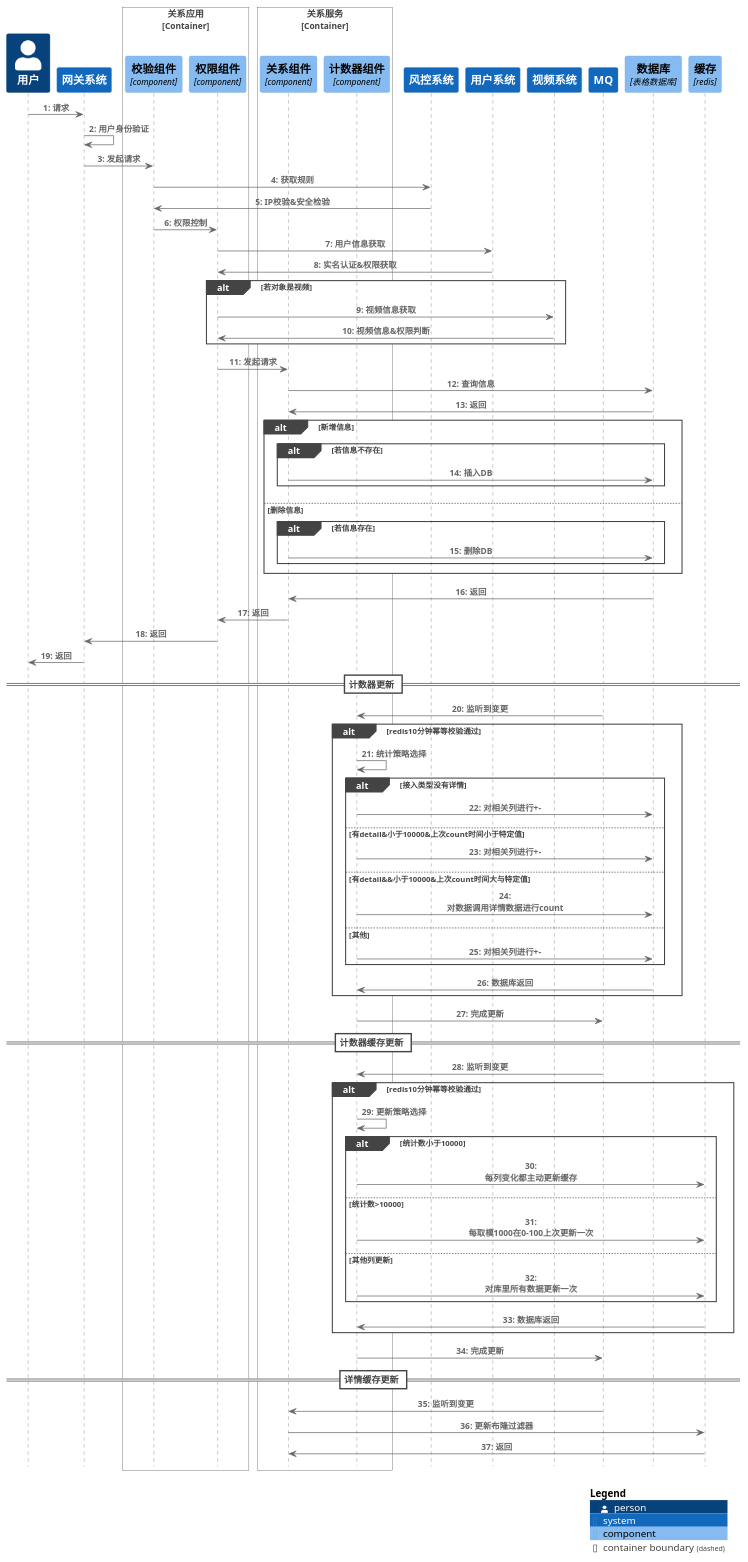
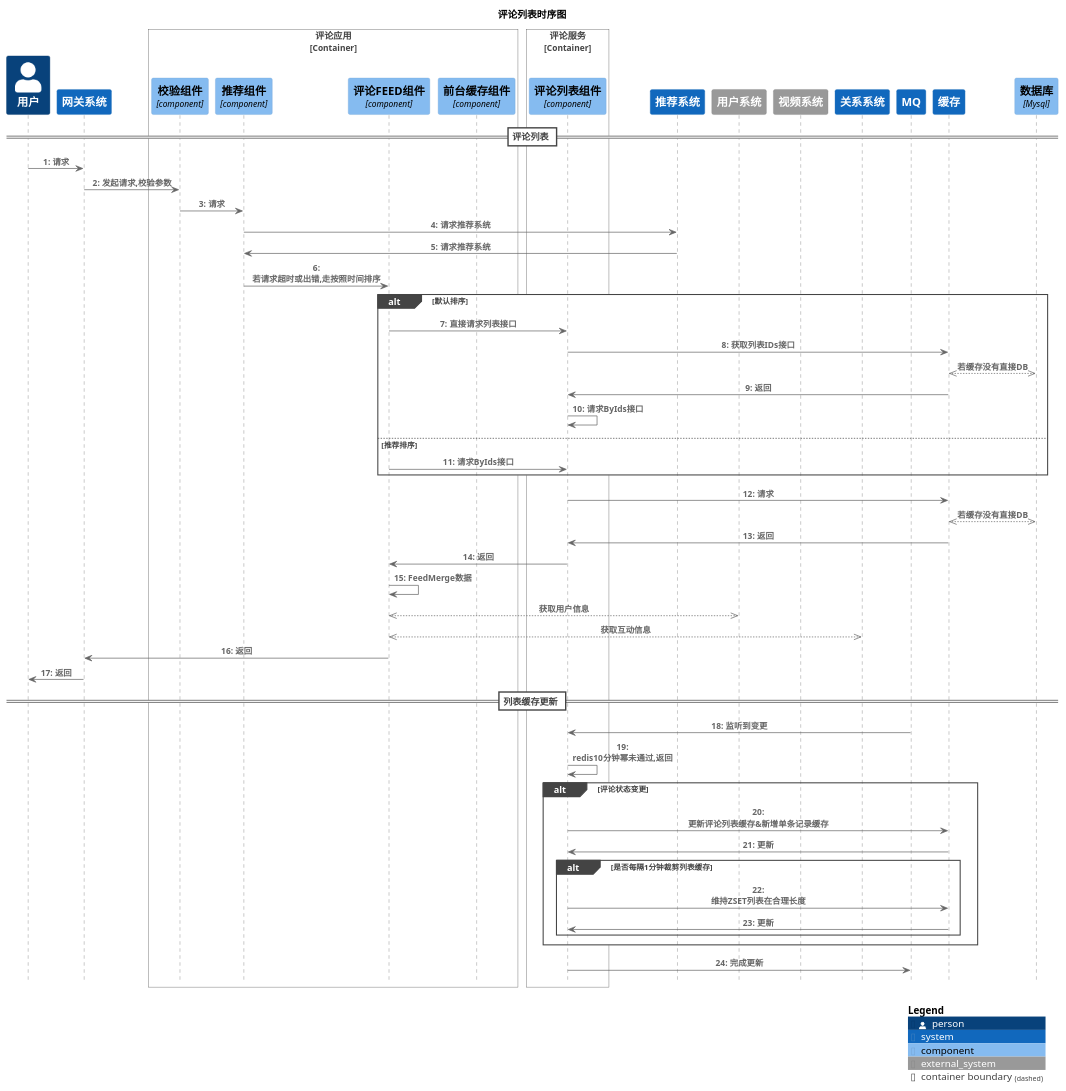
One commit to nxnnxn/community-doc changed the diagram in puml/interact/content/comment/select/listseq.puml. Above: the diagram before and after it, drawn with PlantUML. The commit also changed 14 other files, not shown here.

```diff
--- a/puml/interact/content/comment/select/listseq.puml
+++ b/puml/interact/content/comment/select/listseq.puml
@@ -1,97 +1,67 @@
 @startuml
 !include <C4/C4_Sequence>
 SHOW_INDEX()
 SHOW_LEGEND()
-
+title 评论列表时序图
 Person(user, "用户")
 System(gateway,"网关系统")
 
-Rel(user, gateway, "请求")
-Rel(gateway, gateway, "用户身份验证")
-
-Container_Boundary(relationFacade, "关系应用")
-    Component(checkComponent, "校验组件", "component", "IP校验&安全检验")
-    Component(authComponent, "权限组件", "component", "用户权限检验")
+Container_Boundary(commentFacade, "评论应用")
+    Component(checkComponent, "校验组件", "component", "参数校验")
+    Component(recComponent, "推荐组件", "component", "分组组件")
+    Component(listFacadeComponent, "评论FEED组件", "component", "评论FEED组件")
+    Component(facadeCacheComponent, "前台缓存组件", "component", "缓存组件")
 Boundary_End()
 
-Container_Boundary(relationService, "关系服务")
-    Component(relationComponent, "关系组件", "component", "关系关注")
-    Component(statComponent, "计数器组件", "component", "计数器更新")
+Container_Boundary(commentService, "评论服务")
+    Component(listComponent, "评论列表组件", "component", "评论列表组件")
 Boundary_End()
-System(security,"风控系统")
-System(userSystem,"用户系统")
-System(videoSystem,"视频系统")
+System(tpp,"推荐系统")
+System_Ext(userSystem,"用户系统")
+System_Ext(videoSystem,"视频系统")
+System(relationSystem,"关系系统")
 System(rocketmq,"MQ")
-ComponentDb(db, "数据库", "表格数据库")
-ComponentDb(redis, "缓存", "redis")
+System(redis,"缓存","redis")
+ComponentDb(db, "数据库", "Mysql")
 
-Rel(gateway, checkComponent, "发起请求")
 
-Rel(checkComponent, security, "获取规则")
-Rel(security,checkComponent, "IP校验&安全检验")
+== 评论列表 ==
+Rel(user, gateway, "请求")
+Rel(gateway, checkComponent, "发起请求,校验参数")
+Rel(checkComponent, recComponent, "请求")
+Rel(recComponent, tpp, "请求推荐系统")
+Rel(tpp, recComponent, "请求推荐系统")
+Rel(recComponent, listFacadeComponent, "若请求超时或出错,走按照时间排序")
+alt 默认排序
+ Rel(listFacadeComponent, listComponent, "直接请求列表接口")
+ Rel(listComponent, redis, "获取列表IDs接口")
+ BiRel(redis, db, "若缓存没有直接DB")
+ Rel(redis, listComponent, "返回")
+ Rel(listComponent, listComponent, "请求ByIds接口")
+else 推荐排序
+ Rel(listFacadeComponent, listComponent, "请求ByIds接口")
+end
+ Rel(listComponent, redis, "请求")
+ BiRel(redis, db, "若缓存没有直接DB")
+ Rel(redis, listComponent, "返回")
+ Rel(listComponent, listFacadeComponent, "返回")
+ Rel(listFacadeComponent, listFacadeComponent, "FeedMerge数据")
+ BiRel(listFacadeComponent, userSystem, "获取用户信息")
+ BiRel(listFacadeComponent, relationSystem, "获取互动信息")
+ Rel(listFacadeComponent, gateway, "返回")
+ Rel(gateway, user, "返回")
 
-Rel(checkComponent, authComponent, "权限控制")
-Rel(authComponent, userSystem, "用户信息获取")
-Rel(userSystem,authComponent, "实名认证&权限获取")
-
-alt 若对象是视频
-Rel(authComponent, videoSystem, "视频信息获取")
-Rel(videoSystem,authComponent, "视频信息&权限判断")
-end
-
-Rel(authComponent, relationComponent, "发起请求")
-Rel(relationComponent, db, "查询信息")
-Rel(db, relationComponent, "返回")
-alt 新增信息
-alt 若信息不存在
-Rel(relationComponent, db, "插入DB")
-end
-else 删除信息
-alt 若信息存在
-Rel(relationComponent,db , "删除DB")
+== 列表缓存更新 ==
+Rel(rocketmq, listComponent, "监听到变更")
+Rel(listComponent, listComponent, "redis10分钟幂未通过,返回")
+alt 评论状态变更
+  Rel(listComponent, redis, "更新评论列表缓存&新增单条记录缓存")
+  Rel(redis, listComponent, "更新")
+alt 是否每隔1分钟裁剪列表缓存
+  Rel(listComponent, redis, "维持ZSET列表在合理长度")
+  Rel(redis, listComponent, "更新")
 end
 end
-Rel(db, relationComponent, "返回")
-
-
-Rel(relationComponent, authComponent, "返回")
-Rel(authComponent, gateway, "返回")
-Rel(gateway, user, "返回")
-
-== 计数器更新 ==
-Rel(rocketmq, statComponent, "监听到变更")
-alt redis10分钟幂等校验通过
-Rel(statComponent, statComponent, "统计策略选择")
-alt 接入类型没有详情
-  Rel(statComponent, db, "对相关列进行+-")
-else 有detail&小于10000&上次count时间小于特定值
-  Rel(statComponent, db, "对相关列进行+-")
-else  有detail&&小于10000&上次count时间大与特定值
-  Rel(statComponent, db, "对数据调用详情数据进行count")
-else 其他
-   Rel(statComponent, db, "对相关列进行+-")
-end
-Rel(db, statComponent, "数据库返回")
-end
-Rel(statComponent, rocketmq, "完成更新")
-
-== 计数器缓存更新 ==
-Rel(rocketmq, statComponent, "监听到变更")
-alt redis10分钟幂等校验通过
-Rel(statComponent, statComponent, "更新策略选择")
-alt 统计数小于10000
-  Rel(statComponent, redis, "每列变化都主动更新缓存")
-else 统计数>10000
-  Rel(statComponent, redis, "每取模1000在0-100上次更新一次")
-else  其他列更新
-  Rel(statComponent, redis, "对库里所有数据更新一次")
-end
-Rel(redis, statComponent, "数据库返回")
-end
-Rel(statComponent, rocketmq, "完成更新")
-== 详情缓存更新 ==
-Rel(rocketmq, relationComponent, "监听到变更")
-Rel(relationComponent, redis, "更新布隆过滤器")
-Rel(redis, relationComponent, "返回")
+Rel(listComponent, rocketmq, "完成更新")
 SHOW_LEGEND()
 @enduml
```
